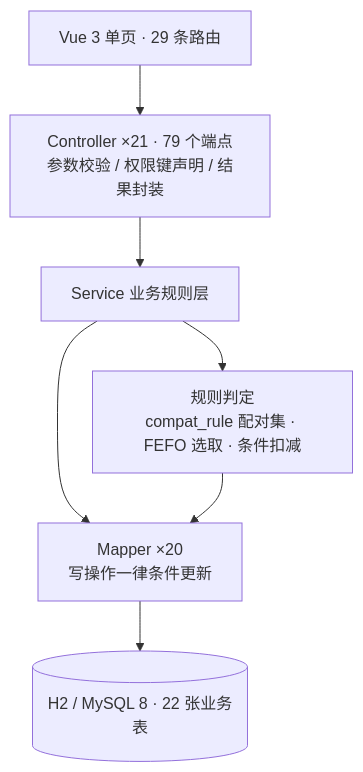
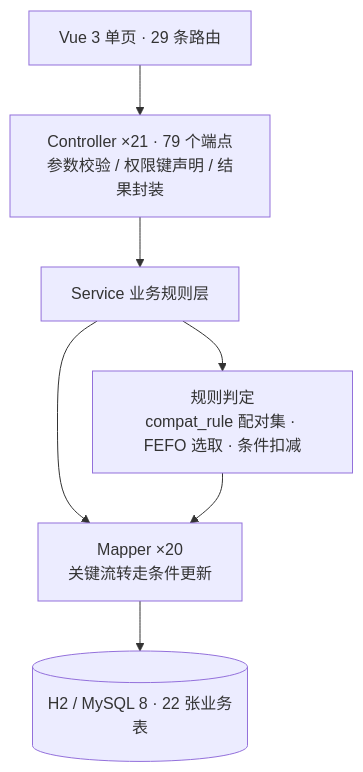
The diagram in README.md (zhangjingtong000/hazmat-lims), drawn with Mermaid before and after one commit. The commit also changed other lines of this file and 4 other files, not shown here.

````diff
--- a/README.md
+++ b/README.md
@@ -8,9 +8,9 @@
 ```mermaid
 flowchart TB
   UI["Vue 3 单页 · 29 条路由"] --> C["Controller ×21 · 79 个端点<br/>参数校验 / 权限键声明 / 结果封装"]
   C --> S["Service 业务规则层"]
   S --> R["规则判定<br/>compat_rule 配对集 · FEFO 选取 · 条件扣减"]
-  S --> M["Mapper ×20<br/>写操作一律条件更新"]
+  S --> M["Mapper ×20<br/>关键流转走条件更新"]
   R --> M
   M --> DB[("H2 / MySQL 8 · 22 张业务表")]
 ```
````
